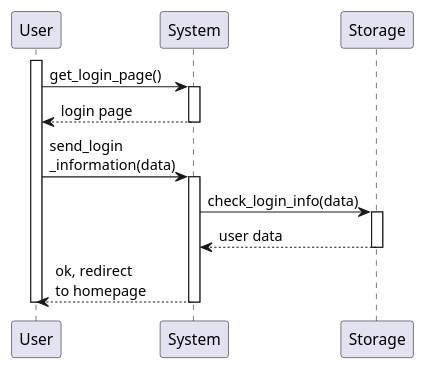
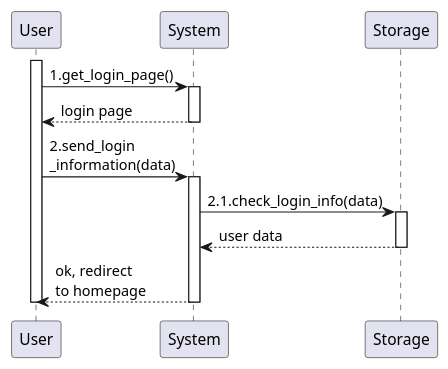
The second of 3 diagrams in RASD/materials/uml/useCases/signUp&login.wsd (GiorgioUghini/SafeStreets), drawn with PlantUML before and after one commit. The commit also changed other lines of this file and 7 other files, not shown here.

Commit message:
Add numbers to sequence diagrams

```diff
--- a/RASD/materials/uml/useCases/signUp&login.wsd
+++ b/RASD/materials/uml/useCases/signUp&login.wsd
@@ -20,16 +20,16 @@
 @startuml login
     autoactivate on
 
     participant User as U
     participant System as S
     participant Storage as ST
 
     activate U
-    U -> S: get_login_page()
+    U -> S: 1.get_login_page()
     return login page
-    U -> S: send_login\n_information(data)
-    S -> ST: check_login_info(data)
+    U -> S: 2.send_login\n_information(data)
+    S -> ST: 2.1.check_login_info(data)
     return user data
     return ok, redirect\nto homepage
     deactivate U
 @enduml
```
